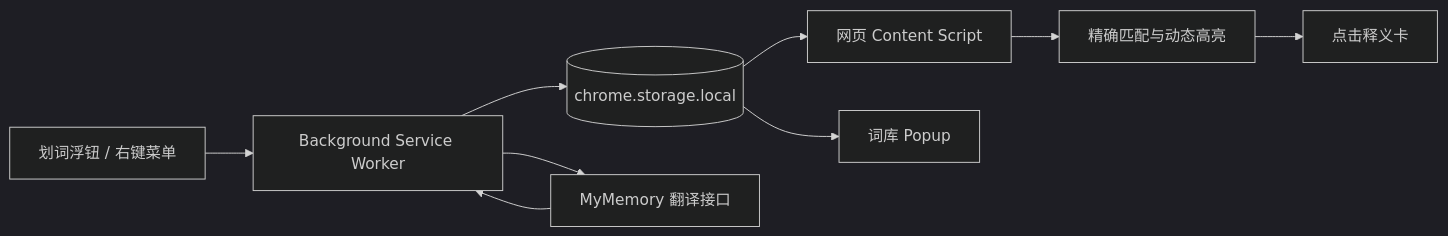
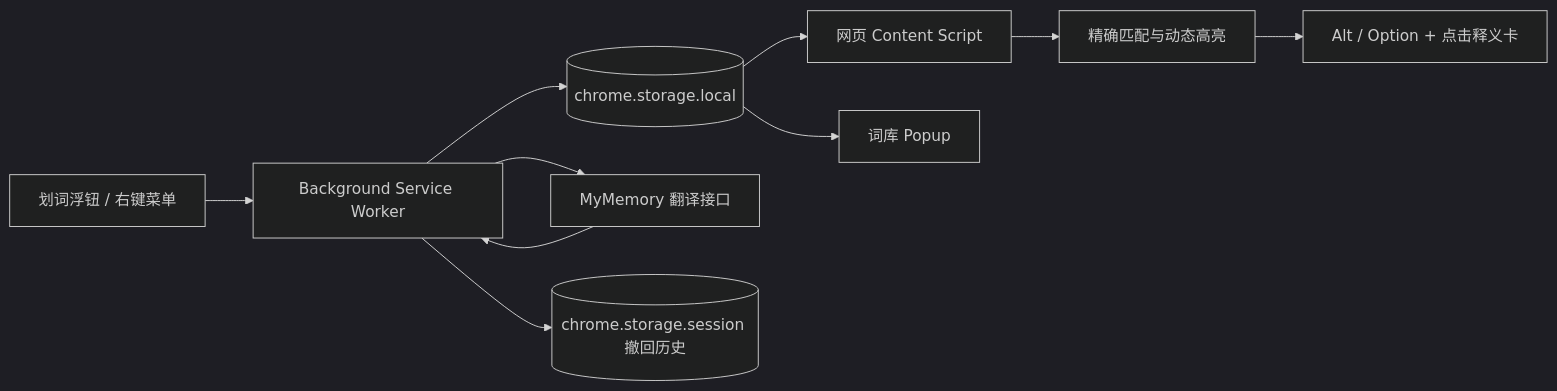
Before and after one commit to segujushi-lang/edge-vocab-highlighter: the diagram in README.md, drawn with Mermaid (dark theme). The commit also changed other lines of this file and 16 other files, not shown here.

````diff
--- a/README.md
+++ b/README.md
@@ -83,11 +103,12 @@
 ```mermaid
 flowchart LR
     A[划词浮钮 / 右键菜单] --> B[Background Service Worker]
     B --> C[(chrome.storage.local)]
     B --> D[MyMemory 翻译接口]
     D --> B
     C --> E[网页 Content Script]
     C --> F[词库 Popup]
+    B --> I[(chrome.storage.session 撤回历史)]
     E --> G[精确匹配与动态高亮]
-    G --> H[点击释义卡]
+    G --> H[Alt / Option + 点击释义卡]
 ```
````
